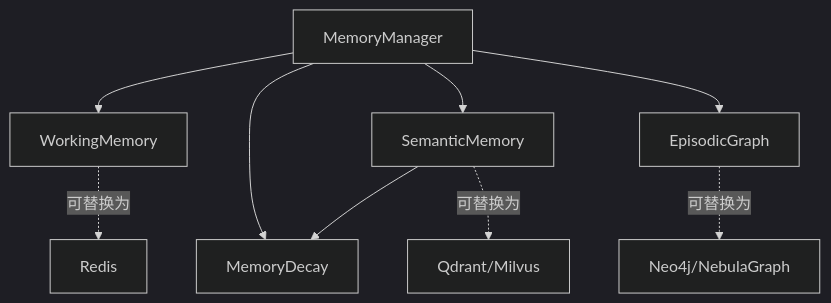
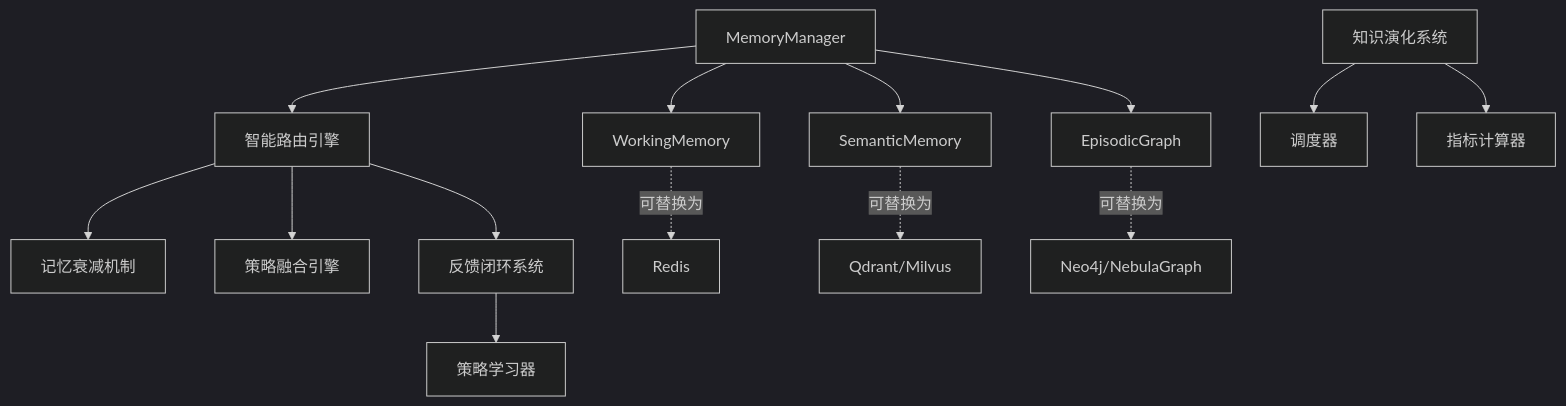
Diagram 12 of 12 in .qoder/repowiki/zh/content/记忆管理层/记忆管理层.md (JieGaoPrinceton/NecoRAG), drawn with Mermaid (dark theme) before and after one commit. The commit also changed other lines of this file and 82 other files, not shown here.

````diff
--- a/.qoder/repowiki/zh/content/记忆管理层/记忆管理层.md
+++ b/.qoder/repowiki/zh/content/记忆管理层/记忆管理层.md
@@ -395,11 +515,16 @@
 ```mermaid
 graph TB
 MM["MemoryManager"] --> WM["WorkingMemory"]
 MM --> SM["SemanticMemory"]
 MM --> EG["EpisodicGraph"]
-MM --> DEC["MemoryDecay"]
-SM --> DEC
+MM --> SRE["智能路由引擎"]
+SRE --> DEC["记忆衰减机制"]
+SRE --> SF["策略融合引擎"]
+SRE --> FB["反馈闭环系统"]
+FB --> SL["策略学习器"]
+KE["知识演化系统"] --> SCH["调度器"]
+KE --> MET["指标计算器"]
 WM -.->|"可替换为"| R["Redis"]
 SM -.->|"可替换为"| V["Qdrant/Milvus"]
 EG -.->|"可替换为"| G["Neo4j/NebulaGraph"]
 ```
````
